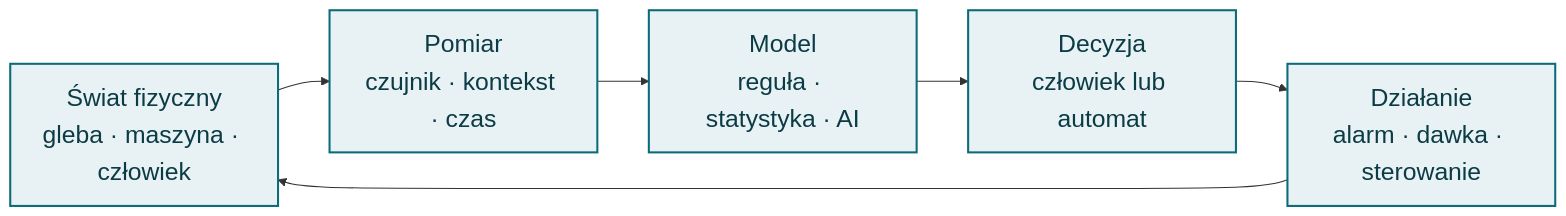
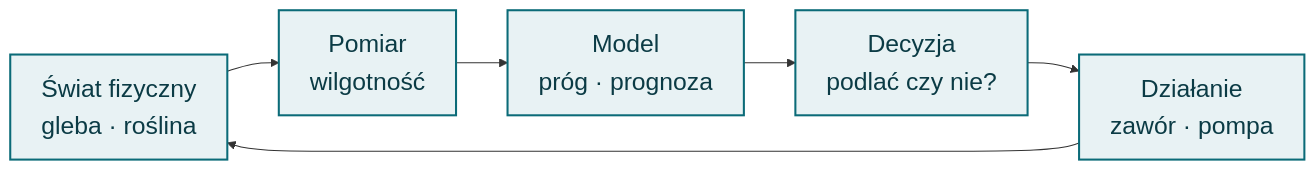
The first of 2 diagrams in slides/00-internet-przyszlosci.qmd (moondec/iot_lectures), drawn with Mermaid before and after one commit. The commit also changed other lines of this file and 126 other files, not shown here.

````diff
--- a/slides/00-internet-przyszlosci.qmd
+++ b/slides/00-internet-przyszlosci.qmd
@@ -97,14 +144,14 @@
 ```{mermaid}
 %%| fig-width: 11
-%%| fig-height: 3.4
+%%| fig-height: 2.6
 %%{init: {"themeVariables": {"fontSize": "24px"}}}%%
 flowchart LR
-    S["Świat fizyczny<br>gleba · maszyna · człowiek"]
-    P["Pomiar<br>czujnik · kontekst · czas"]
-    M["Model<br>reguła · statystyka · AI"]
-    D["Decyzja<br>człowiek lub automat"]
-    A["Działanie<br>alarm · dawka · sterowanie"]
+    S["Świat fizyczny<br>gleba · roślina"]
+    P["Pomiar<br>wilgotność"]
+    M["Model<br>próg · prognoza"]
+    D["Decyzja<br>podlać czy nie?"]
+    A["Działanie<br>zawór · pompa"]
     S --> P --> M --> D --> A --> S
     classDef x fill:#e8f2f4,stroke:#0b6b78,stroke-width:2px,color:#0b3b45
     class S,P,M,D,A x
 ```
````
